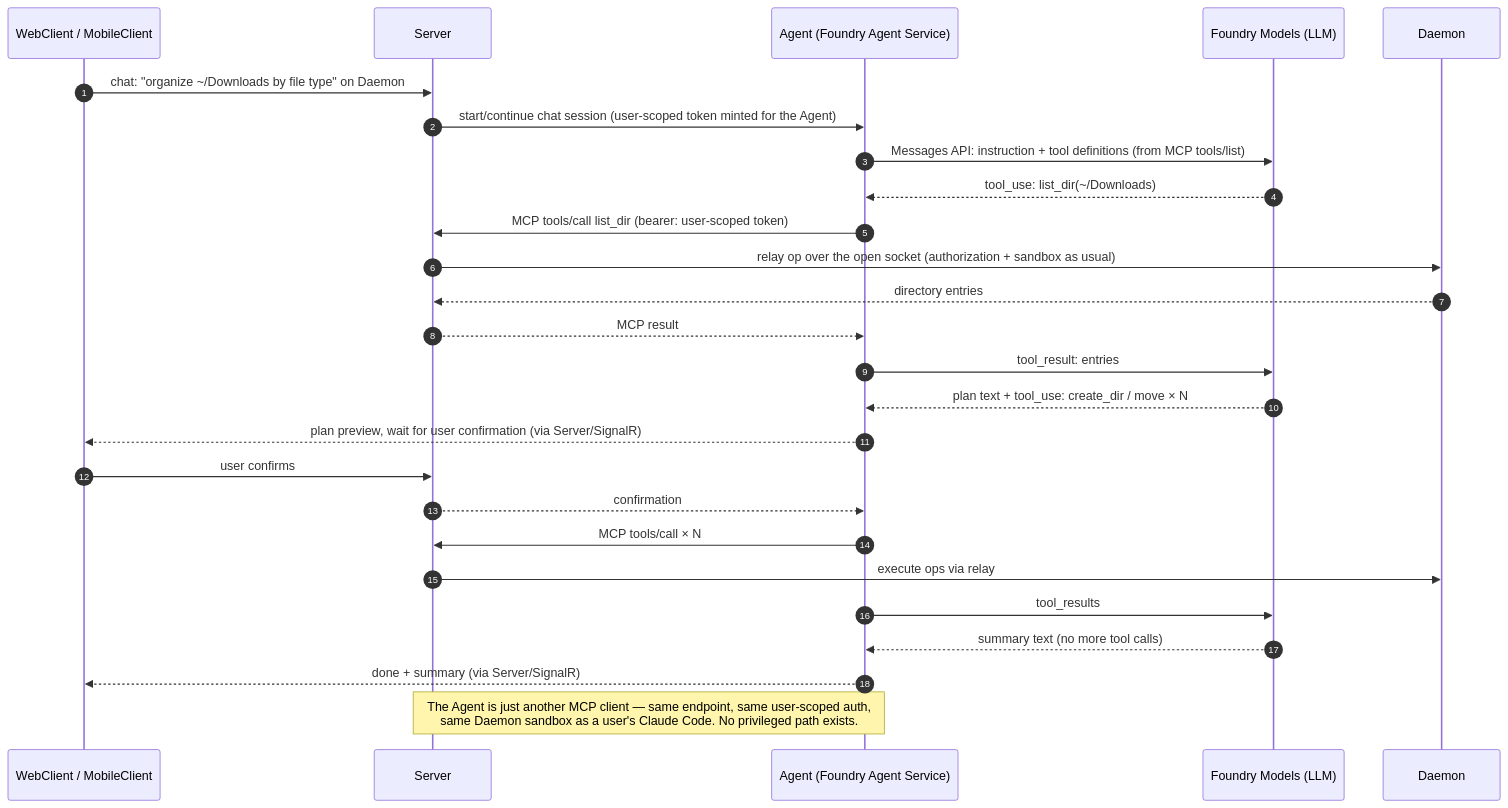
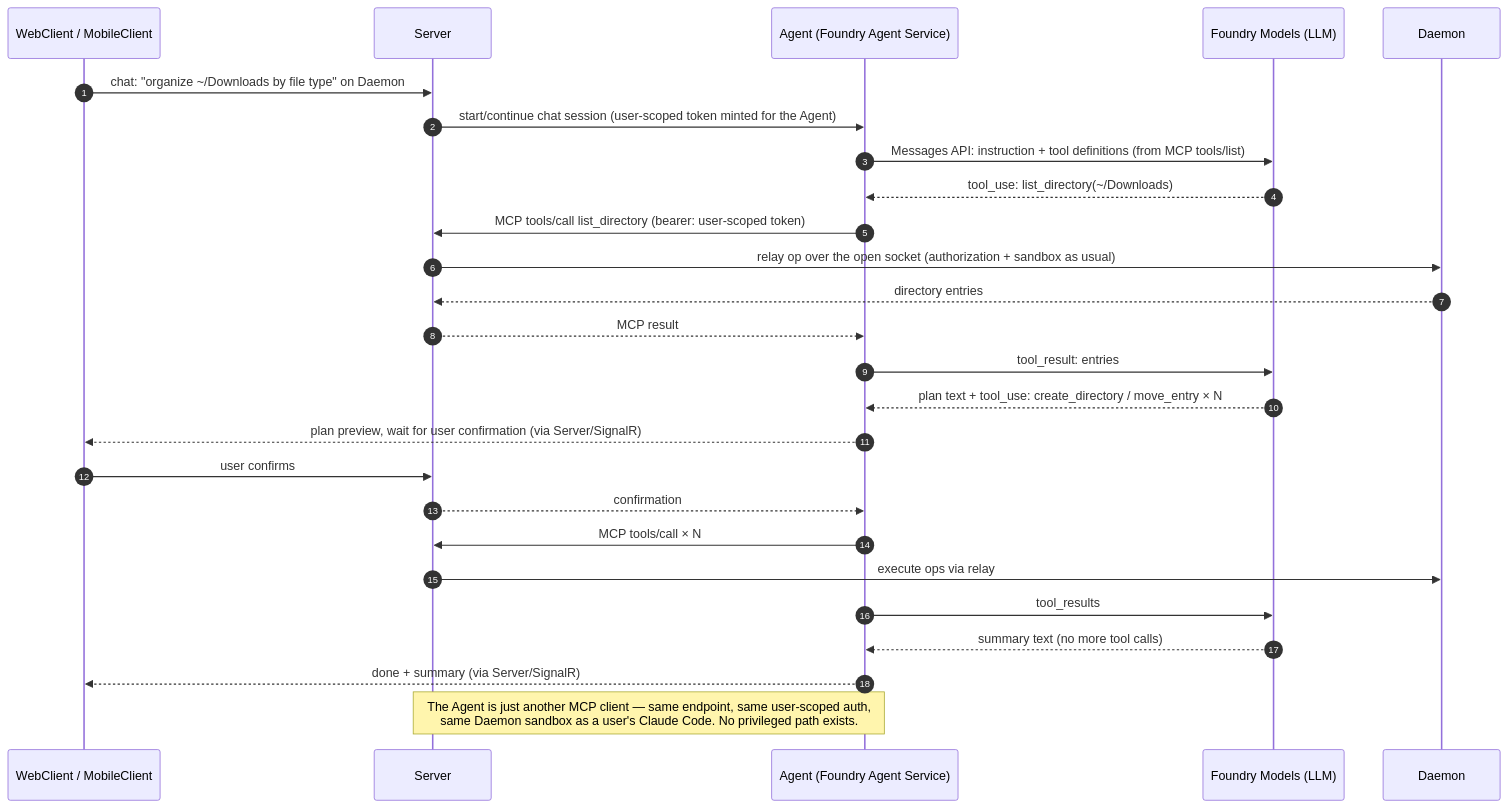
One commit to Anarkin/angstrom-commander changed the eighth of 9 diagrams in ARCHITECTURE.md. Above: the diagram before and after it, drawn with Mermaid. The commit also changed other lines of this file and 1 other file, not shown here.

First line of the commit message:
docs: reconcile with the live MCP endpoint, add going-global to scaling

````diff
--- a/ARCHITECTURE.md
+++ b/ARCHITECTURE.md
@@ -413,28 +422,28 @@
 ```mermaid
 sequenceDiagram
   autonumber
   participant C as WebClient / MobileClient
   participant S as Server
   participant G as Agent (Foundry Agent Service)
   participant F as Foundry Models (LLM)
   participant A as Daemon #42
   C->>S: chat: "organize ~/Downloads by file type" on Daemon #42 (JWT, chosen model)
   S->>G: start/continue chat session (user-scoped token minted for the Agent)
   G->>F: Messages API: instruction + tool definitions (from MCP tools/list)
-  F-->>G: tool_use: list_dir(~/Downloads)
-  G->>S: MCP tools/call list_dir (bearer: user-scoped token)
+  F-->>G: tool_use: list_directory(~/Downloads)
+  G->>S: MCP tools/call list_directory (bearer: user-scoped token)
   S->>A: relay op over the open socket (authorization + sandbox as usual)
   A-->>S: directory entries
   S-->>G: MCP result
   G->>F: tool_result: entries
-  F-->>G: plan text + tool_use: create_dir / move × N
+  F-->>G: plan text + tool_use: create_directory / move_entry × N
   G-->>C: plan preview, wait for user confirmation (via Server/SignalR)
   C->>S: user confirms
   S-->>G: confirmation
   G->>S: MCP tools/call × N
   S->>A: execute ops via relay
   G->>F: tool_results
   F-->>G: summary text (no more tool calls)
   G-->>C: done + summary (via Server/SignalR)
   Note over G,S: The Agent is just another MCP client — same endpoint, same user-scoped auth,<br/>same Daemon sandbox as a user's Claude Code. No privileged path exists.
 ```
````
